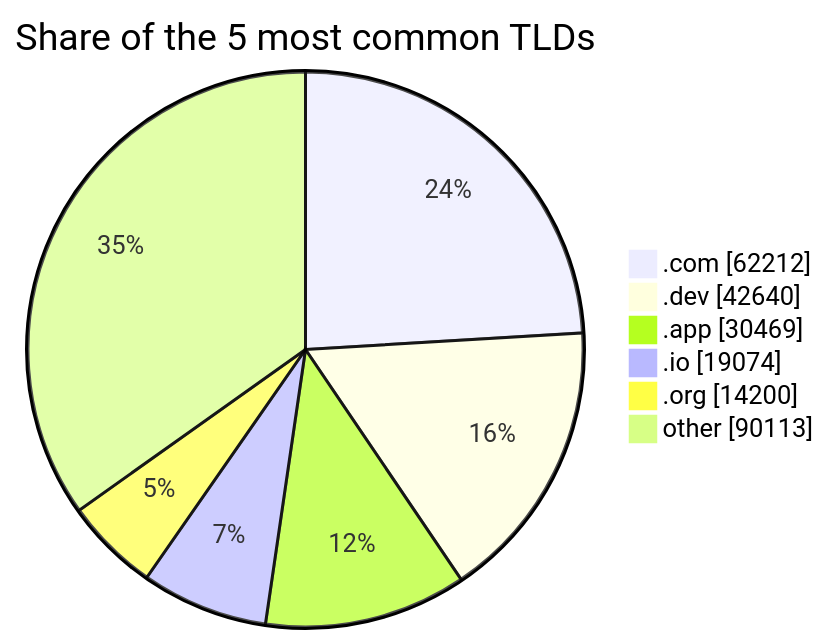
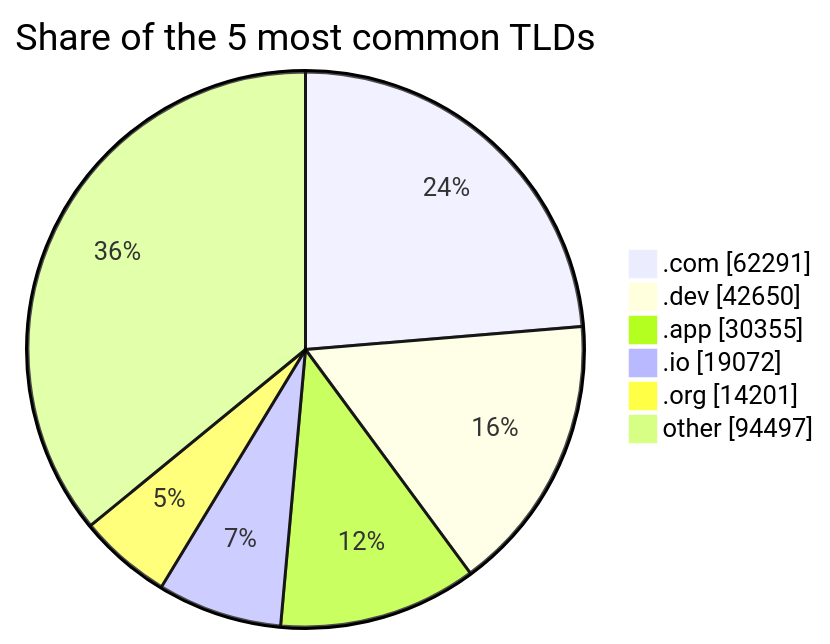
One commit to DNSBunker/CTI changed the second of 2 diagrams in README.md. Above: the diagram before and after it, drawn with Mermaid. The commit also changed other lines of this file and 3 other files, not shown here.

````diff
--- a/README.md
+++ b/README.md
@@ -72,9 +72,9 @@
 ```mermaid
 pie showData title Share of the 5 most common TLDs
-    ".com" : 62212
-    ".dev" : 42640
-    ".app" : 30469
-    ".io" : 19074
-    ".org" : 14200
-    "other" : 90113
+    ".com" : 62291
+    ".dev" : 42650
+    ".app" : 30355
+    ".io" : 19072
+    ".org" : 14201
+    "other" : 94497
 ```
````
